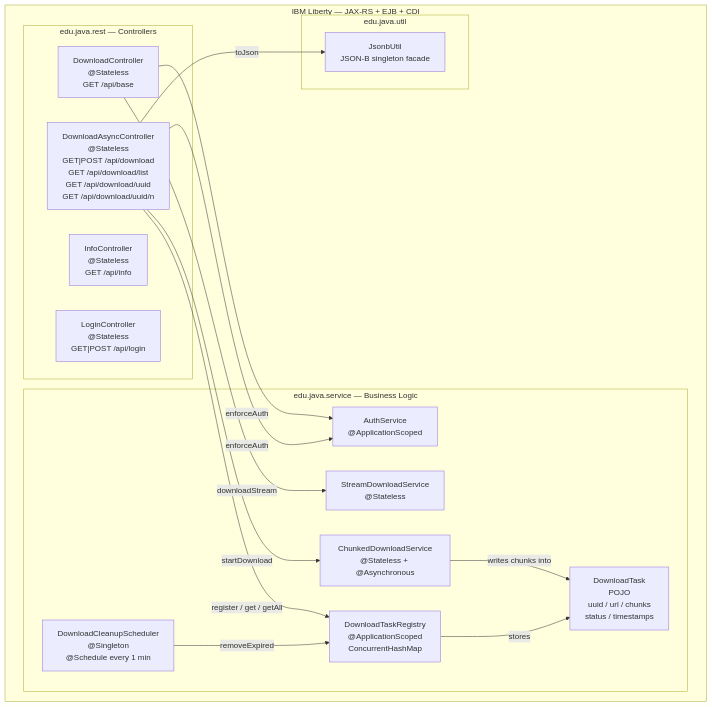
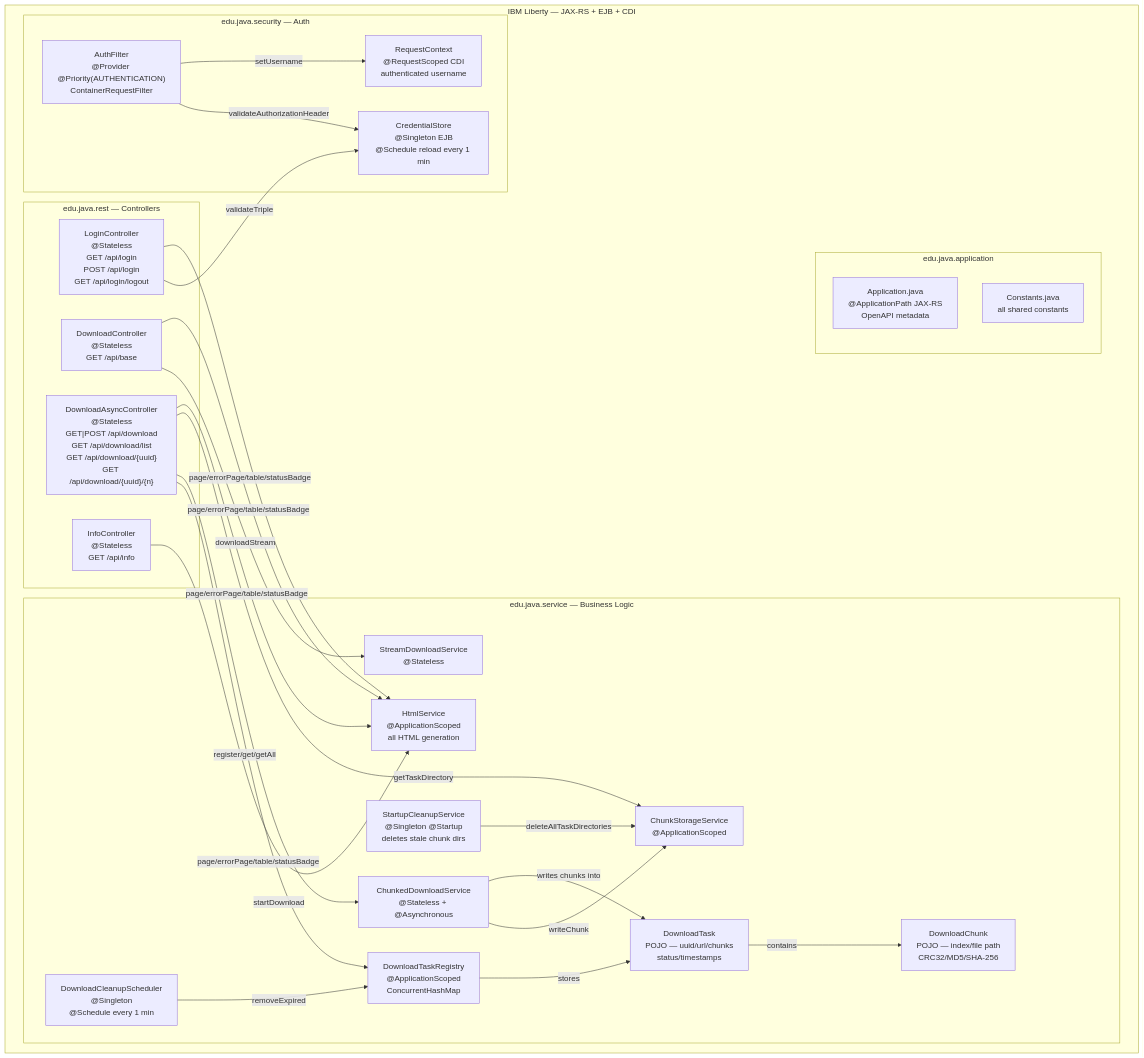
Before and after one commit to Warpguru/BaseDownloader: the first of 7 diagrams in README.md, drawn with Mermaid. The commit also changed other lines of this file, not shown here.

````diff
--- a/README.md
+++ b/README.md
@@ -33,32 +35,46 @@
 ```mermaid
 graph TD
     subgraph Liberty["IBM Liberty — JAX-RS + EJB + CDI"]
         subgraph rest["edu.java.rest — Controllers"]
+            LC["LoginController\n@Stateless\nGET /api/login\nPOST /api/login\nGET /api/login/logout"]
+            IC["InfoController\n@Stateless\nGET /api/info"]
             DC["DownloadController\n@Stateless\nGET /api/base"]
-            DAC["DownloadAsyncController\n@Stateless\nGET|POST /api/download\nGET /api/download/list\nGET /api/download/uuid\nGET /api/download/uuid/n"]
-            IC["InfoController\n@Stateless\nGET /api/info"]
-            LC["LoginController\n@Stateless\nGET|POST /api/login"]
+            DAC["DownloadAsyncController\n@Stateless\nGET|POST /api/download\nGET /api/download/list\nGET /api/download/{uuid}\nGET /api/download/{uuid}/{n}"]
+        end
+        subgraph security["edu.java.security — Auth"]
+            AF["AuthFilter\n@Provider @Priority(AUTHENTICATION)\nContainerRequestFilter"]
+            CS["CredentialStore\n@Singleton EJB\n@Schedule reload every 1 min"]
+            RC["RequestContext\n@RequestScoped CDI\nauthenticated username"]
         end
         subgraph service["edu.java.service — Business Logic"]
-            AS["AuthService\n@ApplicationScoped"]
             SDS["StreamDownloadService\n@Stateless"]
             CDS["ChunkedDownloadService\n@Stateless + @Asynchronous"]
+            CSS["ChunkStorageService\n@ApplicationScoped"]
             DTR["DownloadTaskRegistry\n@ApplicationScoped\nConcurrentHashMap"]
             DCS["DownloadCleanupScheduler\n@Singleton\n@Schedule every 1 min"]
-            DT["DownloadTask\nPOJO\nuuid / url / chunks\nstatus / timestamps"]
+            SCS["StartupCleanupService\n@Singleton @Startup\ndeletes stale chunk dirs"]
+            DT["DownloadTask\nPOJO — uuid/url/chunks\nstatus/timestamps"]
+            DC2["DownloadChunk\nPOJO — index/file path\nCRC32/MD5/SHA-256"]
+            HS["HtmlService\n@ApplicationScoped\nall HTML generation"]
         end
-        subgraph util["edu.java.util"]
-            JU["JsonbUtil\nJSON-B singleton facade"]
+        subgraph app["edu.java.application"]
+            APP["Application.java\n@ApplicationPath JAX-RS\nOpenAPI metadata"]
+            CON["Constants.java\nall shared constants"]
         end
     end
 
-    DC -->|enforceAuth| AS
+    AF -->|validateAuthorizationHeader| CS
+    AF -->|setUsername| RC
+    LC -->|validateTriple| CS
     DC -->|downloadStream| SDS
-    DAC -->|enforceAuth| AS
-    DAC -->|register / get / getAll| DTR
+    DAC -->|register/get/getAll| DTR
     DAC -->|startDownload| CDS
+    DAC -->|getTaskDirectory| CSS
+    CDS -->|writeChunk| CSS
     CDS -->|writes chunks into| DT
+    DT -->|contains| DC2
     DTR -->|stores| DT
     DCS -->|removeExpired| DTR
-    DAC -->|toJson| JU
+    SCS -->|deleteAllTaskDirectories| CSS
+    LC & IC & DC & DAC -->|page/errorPage/table/statusBadge| HS
 ```
````
